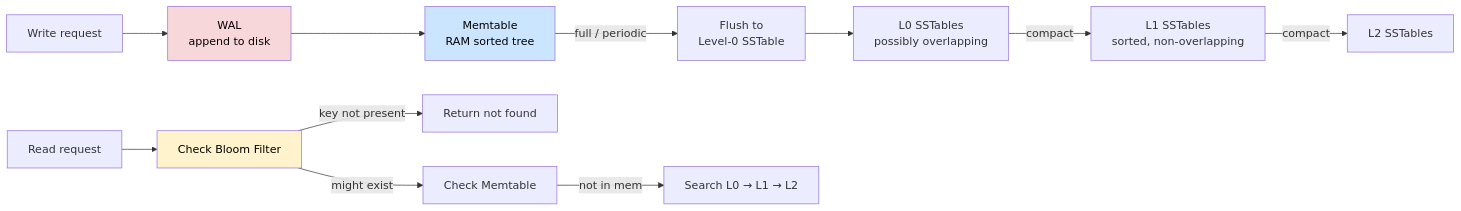
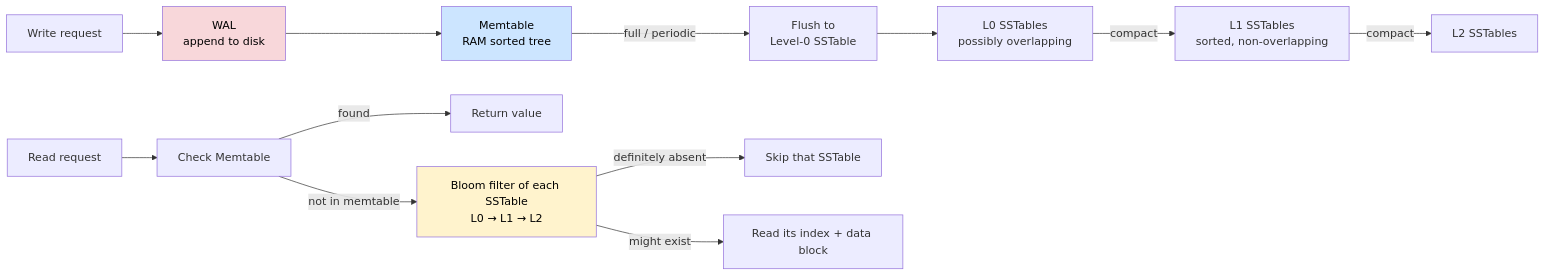
The fourth of 4 diagrams in Bonus-Real-World-Architectures/27-Key-Value-Store/README.md (Ankan1998/learn-system-design), drawn with Mermaid before and after one commit. The commit also changed other lines of this file and 139 other files, not shown here.

````diff
--- a/Bonus-Real-World-Architectures/27-Key-Value-Store/README.md
+++ b/Bonus-Real-World-Architectures/27-Key-Value-Store/README.md
@@ -352,18 +358,19 @@
 ```mermaid
 flowchart LR
     W[Write request] --> WAL[WAL<br/>append to disk]
     WAL --> MT[Memtable<br/>RAM sorted tree]
     MT -->|full / periodic| FL[Flush to<br/>Level-0 SSTable]
     FL --> C0[L0 SSTables<br/>possibly overlapping]
     C0 -->|compact| C1[L1 SSTables<br/>sorted, non-overlapping]
     C1 -->|compact| C2[L2 SSTables]
 
-    R[Read request] --> BF[Check Bloom Filter]
-    BF -->|key not present| MISS[Return not found]
-    BF -->|might exist| MT2[Check Memtable]
-    MT2 -->|not in mem| C0R[Search L0 → L1 → L2]
+    R[Read request] --> MT2[Check Memtable]
+    MT2 -->|found| HIT[Return value]
+    MT2 -->|not in memtable| BF[Bloom filter of each SSTable<br/>L0 → L1 → L2]
+    BF -->|definitely absent| SKIP[Skip that SSTable]
+    BF -->|might exist| C0R[Read its index + data block]
 
     style WAL fill:#f8d7da,color:#000
     style MT  fill:#cce5ff,color:#000
     style BF  fill:#fff3cd,color:#000
 ```
````
